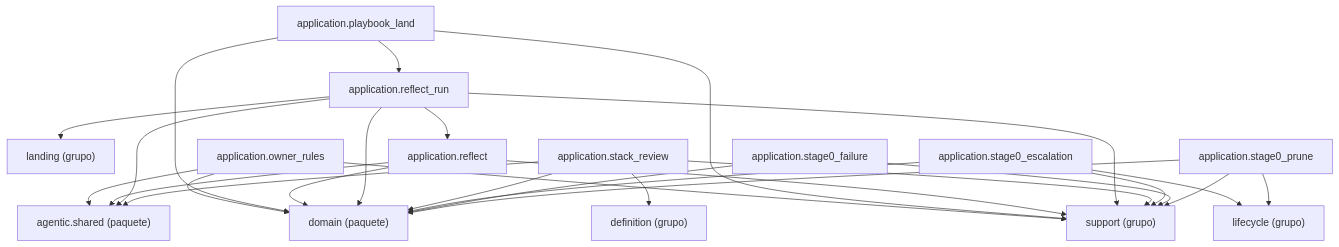
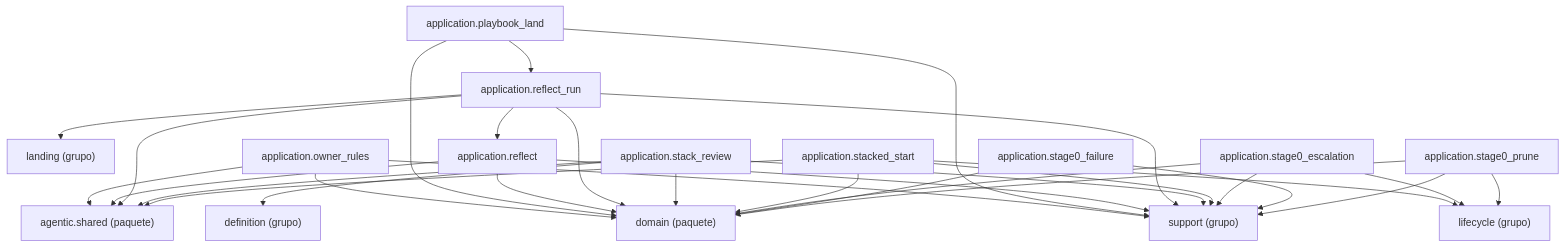
The diagram in docs/architecture/generated/packages-process-application-reflection.md (GonzaloZevallos/agentic-system), drawn with Mermaid before and after one commit. The commit also changed other lines of this file and 17 other files, not shown here.

Commit message:
Move stacked_start to the reflection docs cluster so the pages stay within the cap

````diff
--- a/docs/architecture/generated/packages-process-application-reflection.md
+++ b/docs/architecture/generated/packages-process-application-reflection.md
@@ -18,43 +17,48 @@
 ```mermaid
 graph TD
     g_application__definition["definition (grupo)"]
     g_application__landing["landing (grupo)"]
     g_application__lifecycle["lifecycle (grupo)"]
     g_application__support["support (grupo)"]
     g_pkg__agentic__shared["agentic.shared (paquete)"]
     g_pkg__domain["domain (paquete)"]
     m_application__owner_rules["application.owner_rules"]
     m_application__playbook_land["application.playbook_land"]
     m_application__reflect["application.reflect"]
     m_application__reflect_run["application.reflect_run"]
     m_application__stack_review["application.stack_review"]
+    m_application__stacked_start["application.stacked_start"]
     m_application__stage0_escalation["application.stage0_escalation"]
     m_application__stage0_failure["application.stage0_failure"]
     m_application__stage0_prune["application.stage0_prune"]
     m_application__owner_rules --> g_application__support
     m_application__owner_rules --> g_pkg__agentic__shared
     m_application__owner_rules --> g_pkg__domain
     m_application__playbook_land --> g_application__support
     m_application__playbook_land --> g_pkg__domain
     m_application__playbook_land --> m_application__reflect_run
     m_application__reflect --> g_application__support
     m_application__reflect --> g_pkg__agentic__shared
     m_application__reflect --> g_pkg__domain
     m_application__reflect_run --> g_application__landing
     m_application__reflect_run --> g_application__support
     m_application__reflect_run --> g_pkg__agentic__shared
     m_application__reflect_run --> g_pkg__domain
     m_application__reflect_run --> m_application__reflect
     m_application__stack_review --> g_application__definition
     m_application__stack_review --> g_application__support
     m_application__stack_review --> g_pkg__agentic__shared
     m_application__stack_review --> g_pkg__domain
+    m_application__stacked_start --> g_application__lifecycle
+    m_application__stacked_start --> g_application__support
+    m_application__stacked_start --> g_pkg__agentic__shared
+    m_application__stacked_start --> g_pkg__domain
     m_application__stage0_escalation --> g_application__lifecycle
     m_application__stage0_escalation --> g_application__support
     m_application__stage0_escalation --> g_pkg__domain
     m_application__stage0_failure --> g_application__support
     m_application__stage0_failure --> g_pkg__domain
     m_application__stage0_prune --> g_application__lifecycle
     m_application__stage0_prune --> g_application__support
     m_application__stage0_prune --> g_pkg__domain
 ```
````
